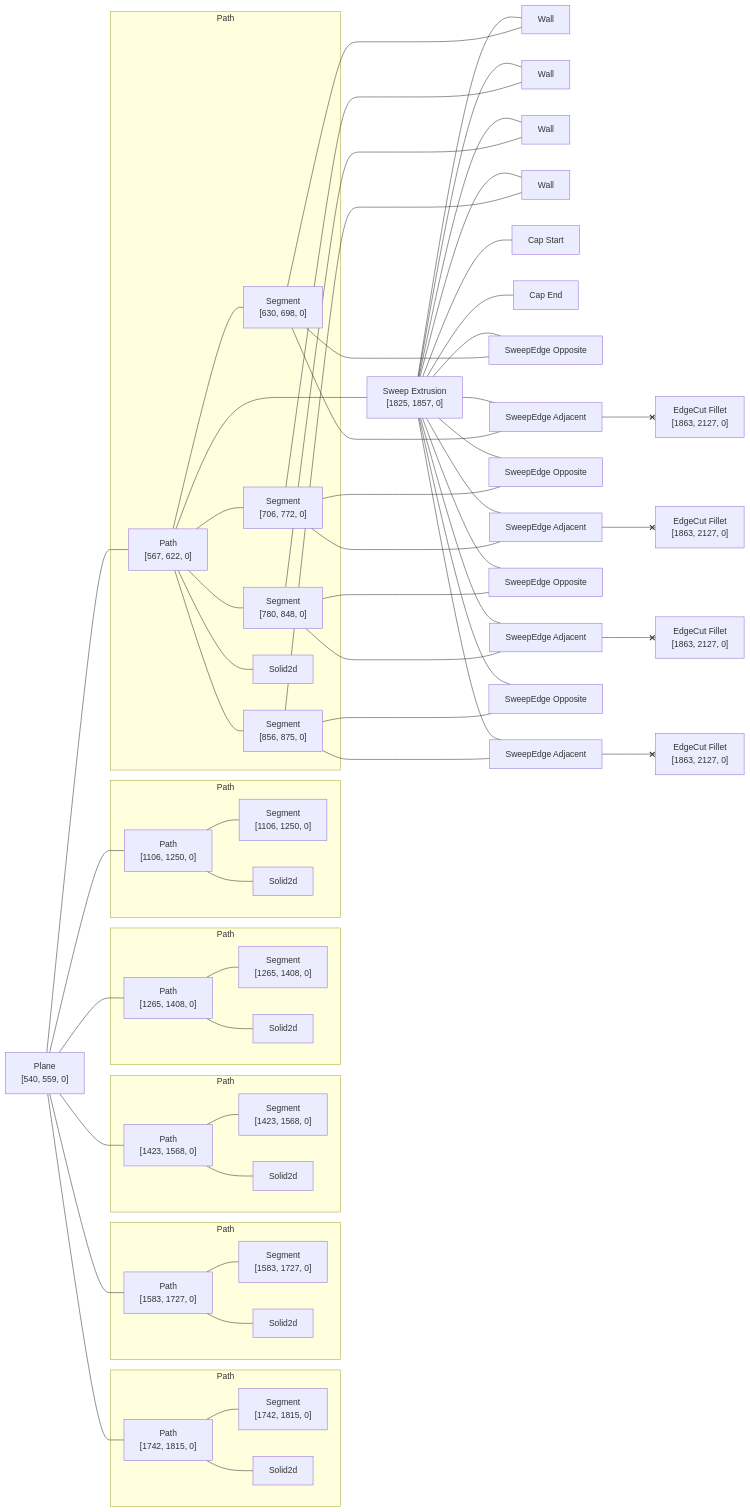
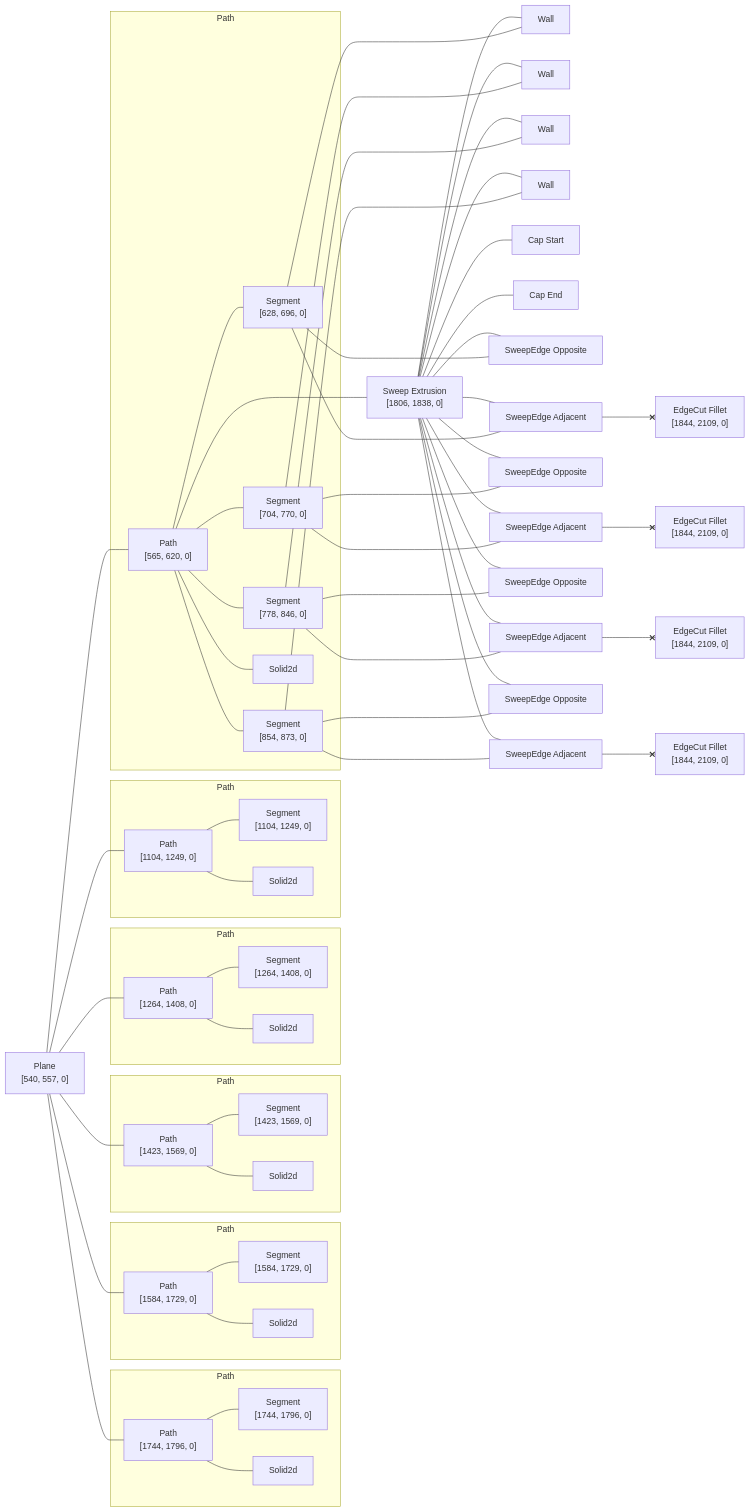
The diagram in rust/kcl-lib/tests/kcl_samples/mounting-plate/artifact_graph_flowchart.snap.md (KittyCAD/modeling-app), drawn with Mermaid before and after one commit. The commit also changed 134 other files, not shown here.

````diff
--- a/rust/kcl-lib/tests/kcl_samples/mounting-plate/artifact_graph_flowchart.snap.md
+++ b/rust/kcl-lib/tests/kcl_samples/mounting-plate/artifact_graph_flowchart.snap.md
@@ -1,40 +1,40 @@
 ```mermaid
 flowchart LR
   subgraph path2 [Path]
-    2["Path<br>[567, 622, 0]"]
-    3["Segment<br>[630, 698, 0]"]
-    4["Segment<br>[706, 772, 0]"]
-    5["Segment<br>[780, 848, 0]"]
-    6["Segment<br>[856, 875, 0]"]
+    2["Path<br>[565, 620, 0]"]
+    3["Segment<br>[628, 696, 0]"]
+    4["Segment<br>[704, 770, 0]"]
+    5["Segment<br>[778, 846, 0]"]
+    6["Segment<br>[854, 873, 0]"]
     7[Solid2d]
   end
   subgraph path8 [Path]
-    8["Path<br>[1106, 1250, 0]"]
-    9["Segment<br>[1106, 1250, 0]"]
+    8["Path<br>[1104, 1249, 0]"]
+    9["Segment<br>[1104, 1249, 0]"]
     10[Solid2d]
   end
   subgraph path11 [Path]
-    11["Path<br>[1265, 1408, 0]"]
-    12["Segment<br>[1265, 1408, 0]"]
+    11["Path<br>[1264, 1408, 0]"]
+    12["Segment<br>[1264, 1408, 0]"]
     13[Solid2d]
   end
   subgraph path14 [Path]
-    14["Path<br>[1423, 1568, 0]"]
-    15["Segment<br>[1423, 1568, 0]"]
+    14["Path<br>[1423, 1569, 0]"]
+    15["Segment<br>[1423, 1569, 0]"]
     16[Solid2d]
   end
   subgraph path17 [Path]
-    17["Path<br>[1583, 1727, 0]"]
-    18["Segment<br>[1583, 1727, 0]"]
+    17["Path<br>[1584, 1729, 0]"]
+    18["Segment<br>[1584, 1729, 0]"]
     19[Solid2d]
   end
   subgraph path20 [Path]
-    20["Path<br>[1742, 1815, 0]"]
-    21["Segment<br>[1742, 1815, 0]"]
+    20["Path<br>[1744, 1796, 0]"]
+    21["Segment<br>[1744, 1796, 0]"]
     22[Solid2d]
   end
-  1["Plane<br>[540, 559, 0]"]
-  23["Sweep Extrusion<br>[1825, 1857, 0]"]
+  1["Plane<br>[540, 557, 0]"]
+  23["Sweep Extrusion<br>[1806, 1838, 0]"]
   24[Wall]
   25[Wall]
   26[Wall]
@@ -49,10 +49,10 @@
   35["SweepEdge Adjacent"]
   36["SweepEdge Opposite"]
   37["SweepEdge Adjacent"]
-  38["EdgeCut Fillet<br>[1863, 2127, 0]"]
-  39["EdgeCut Fillet<br>[1863, 2127, 0]"]
-  40["EdgeCut Fillet<br>[1863, 2127, 0]"]
-  41["EdgeCut Fillet<br>[1863, 2127, 0]"]
+  38["EdgeCut Fillet<br>[1844, 2109, 0]"]
+  39["EdgeCut Fillet<br>[1844, 2109, 0]"]
+  40["EdgeCut Fillet<br>[1844, 2109, 0]"]
+  41["EdgeCut Fillet<br>[1844, 2109, 0]"]
   1 --- 2
   1 --- 8
   1 --- 11
````
